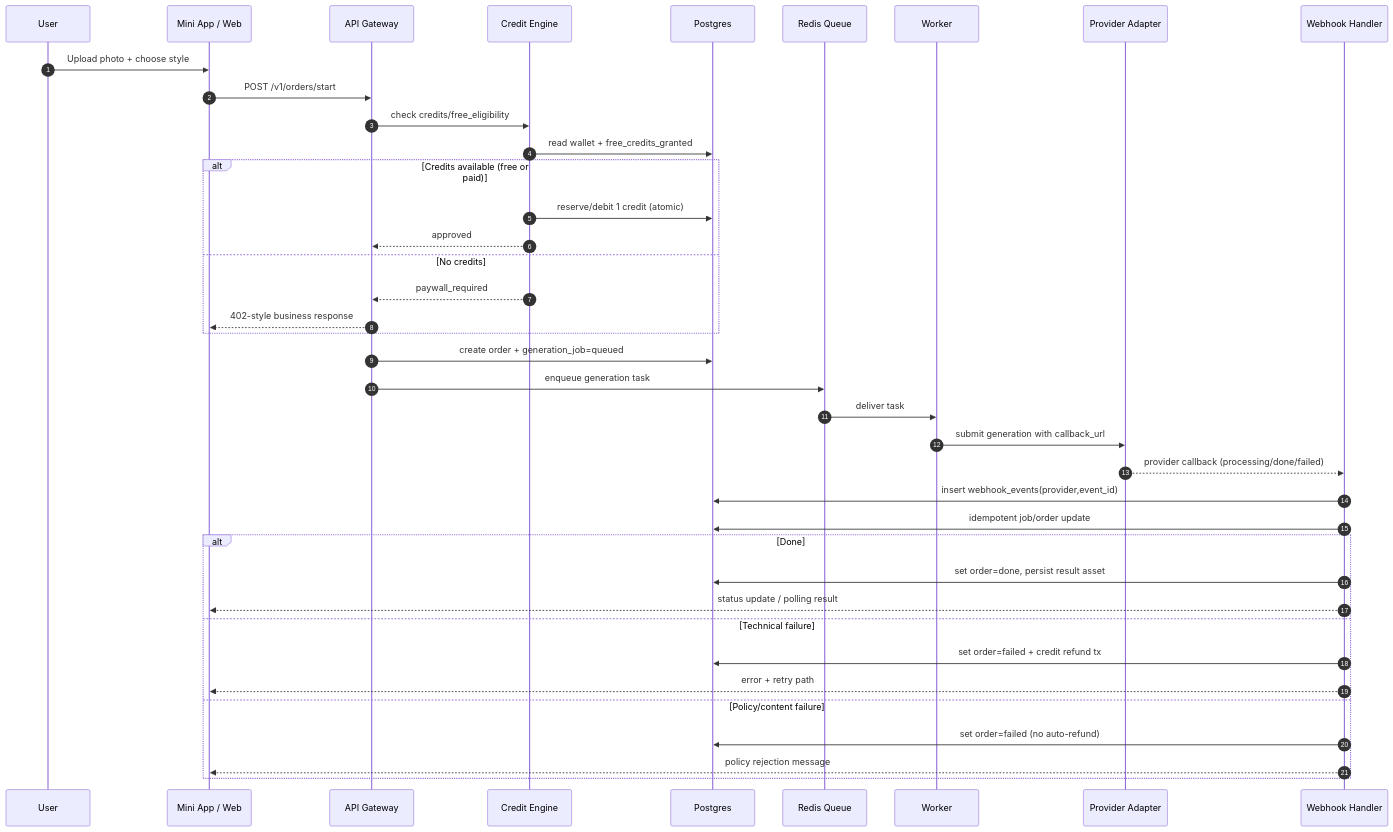
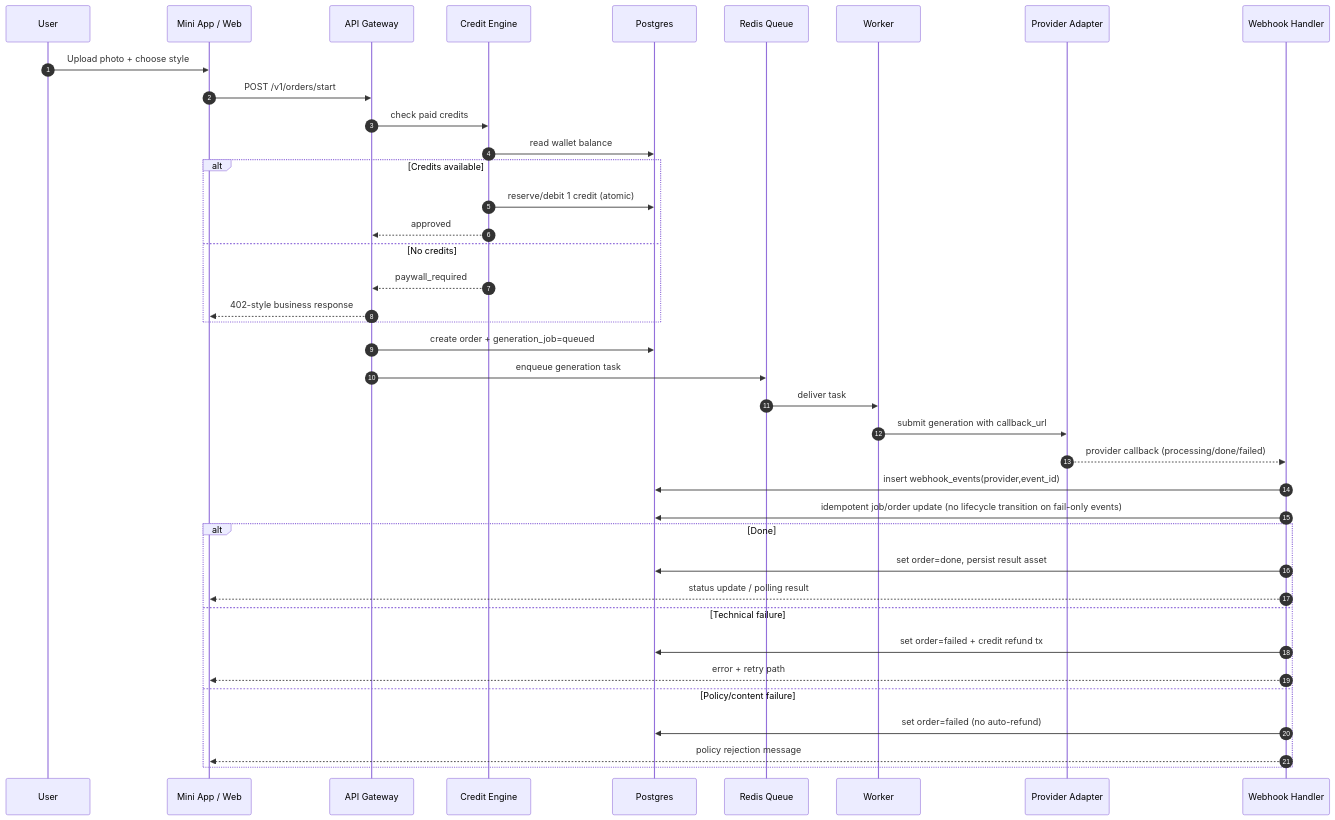
The second of 2 diagrams in specs/06_technical_architecture_diagrams.md (po-dzin/persona-ai), drawn with Mermaid before and after one commit. The commit also changed other lines of this file and 40 other files, not shown here.

````diff
--- a/specs/06_technical_architecture_diagrams.md
+++ b/specs/06_technical_architecture_diagrams.md
@@ -84,45 +75,45 @@
 ```mermaid
 sequenceDiagram
   autonumber
   participant U as User
   participant APP as Mini App / Web
   participant API as API Gateway
   participant CE as Credit Engine
   participant DB as Postgres
   participant Q as Redis Queue
   participant W as Worker
   participant PR as Provider Adapter
   participant WH as Webhook Handler
 
   U->>APP: Upload photo + choose style
   APP->>API: POST /v1/orders/start
-  API->>CE: check credits/free_eligibility
-  CE->>DB: read wallet + free_credits_granted
+  API->>CE: check paid credits
+  CE->>DB: read wallet balance
 
-  alt Credits available (free or paid)
+  alt Credits available
     CE->>DB: reserve/debit 1 credit (atomic)
     CE-->>API: approved
   else No credits
     CE-->>API: paywall_required
     API-->>APP: 402-style business response
   end
 
   API->>DB: create order + generation_job=queued
   API->>Q: enqueue generation task
   Q->>W: deliver task
   W->>PR: submit generation with callback_url
   PR-->>WH: provider callback (processing/done/failed)
   WH->>DB: insert webhook_events(provider,event_id)
-  WH->>DB: idempotent job/order update
+  WH->>DB: idempotent job/order update (no lifecycle transition on fail-only events)
 
   alt Done
     WH->>DB: set order=done, persist result asset
     WH-->>APP: status update / polling result
   else Technical failure
     WH->>DB: set order=failed + credit refund tx
     WH-->>APP: error + retry path
   else Policy/content failure
     WH->>DB: set order=failed (no auto-refund)
     WH-->>APP: policy rejection message
   end
 ```
````
